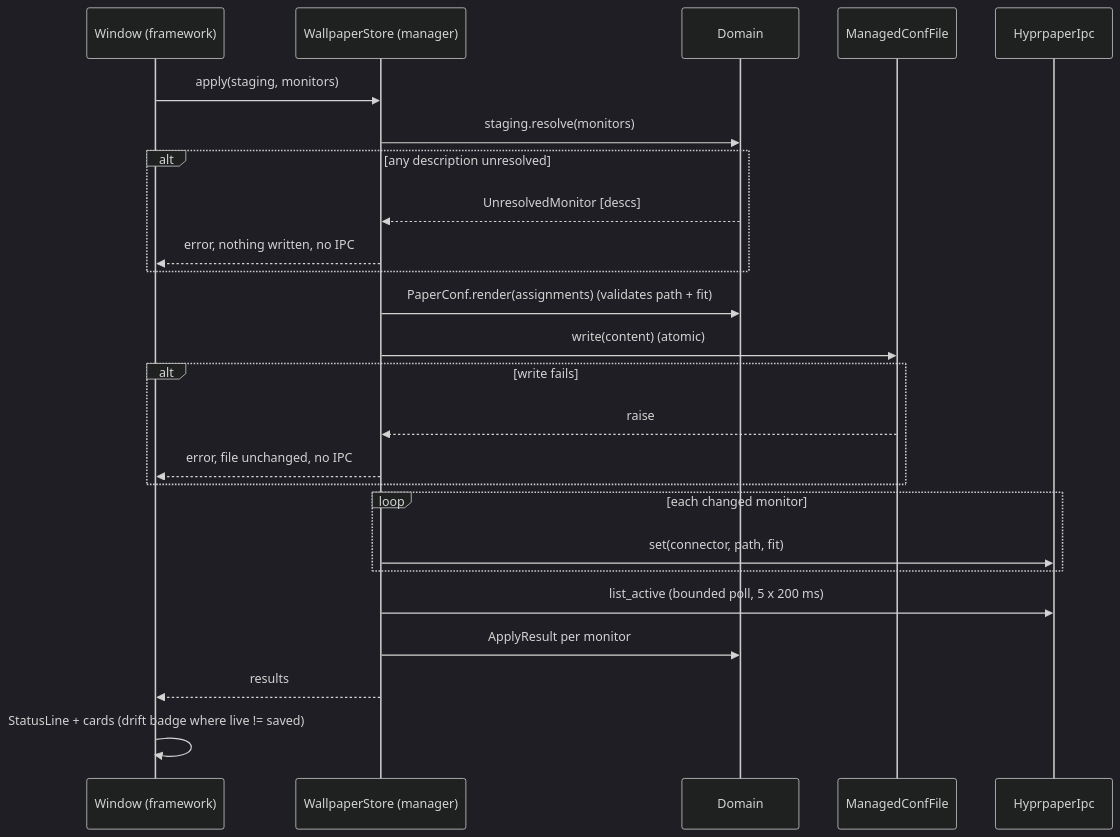
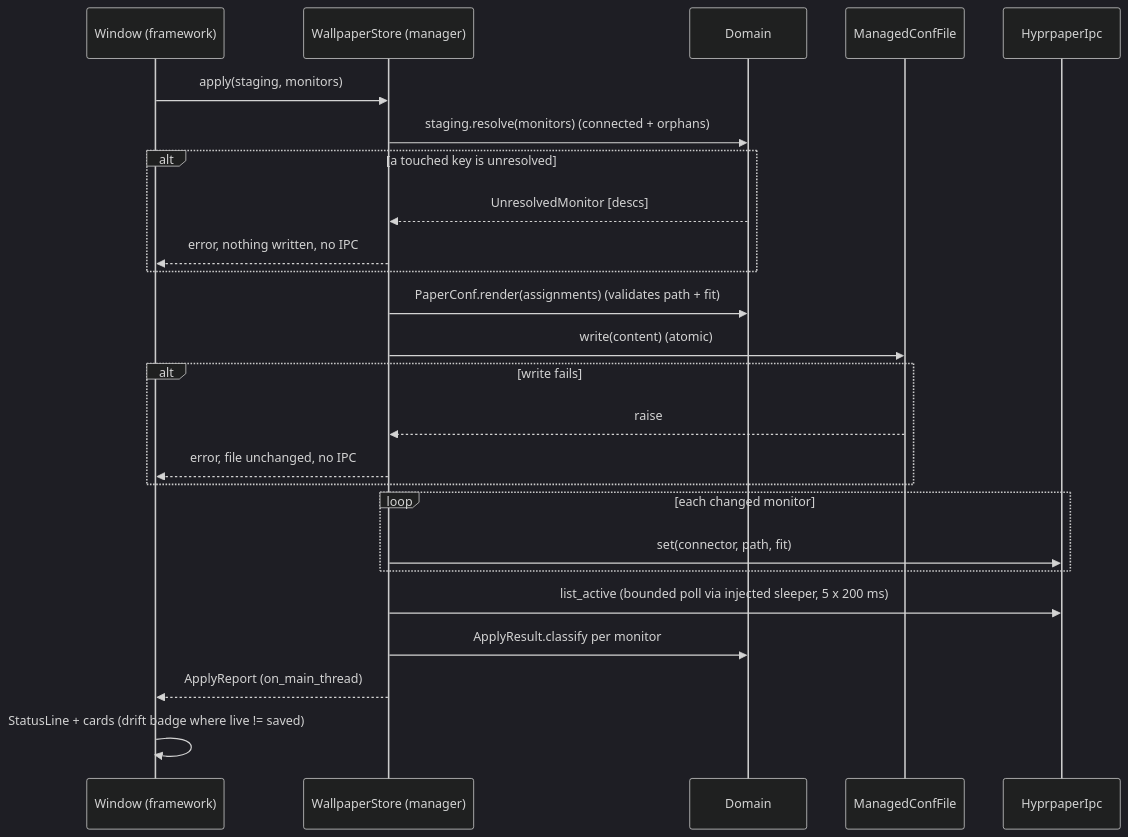
The diagram in ai-artifacts/backdrop.md (CJPoll/gtk-apps), drawn with Mermaid (dark theme) before and after one commit. The commit also changed other lines of this file, not shown here.

````diff
--- a/ai-artifacts/backdrop.md
+++ b/ai-artifacts/backdrop.md
@@ -210,27 +210,27 @@
 ```mermaid
 sequenceDiagram
   participant W as Window (framework)
   participant S as WallpaperStore (manager)
   participant D as Domain
   participant F as ManagedConfFile
   participant I as HyprpaperIpc
   W->>S: apply(staging, monitors)
-  S->>D: staging.resolve(monitors)
-  alt any description unresolved
+  S->>D: staging.resolve(monitors) (connected + orphans)
+  alt a touched key is unresolved
     D-->>S: UnresolvedMonitor [descs]
     S-->>W: error, nothing written, no IPC
   end
   S->>D: PaperConf.render(assignments) (validates path + fit)
   S->>F: write(content) (atomic)
   alt write fails
     F-->>S: raise
     S-->>W: error, file unchanged, no IPC
   end
   loop each changed monitor
     S->>I: set(connector, path, fit)
   end
-  S->>I: list_active (bounded poll, 5 x 200 ms)
-  S->>D: ApplyResult per monitor
-  S-->>W: results
+  S->>I: list_active (bounded poll via injected sleeper, 5 x 200 ms)
+  S->>D: ApplyResult.classify per monitor
+  S-->>W: ApplyReport (on_main_thread)
   W->>W: StatusLine + cards (drift badge where live != saved)
 ```
````
